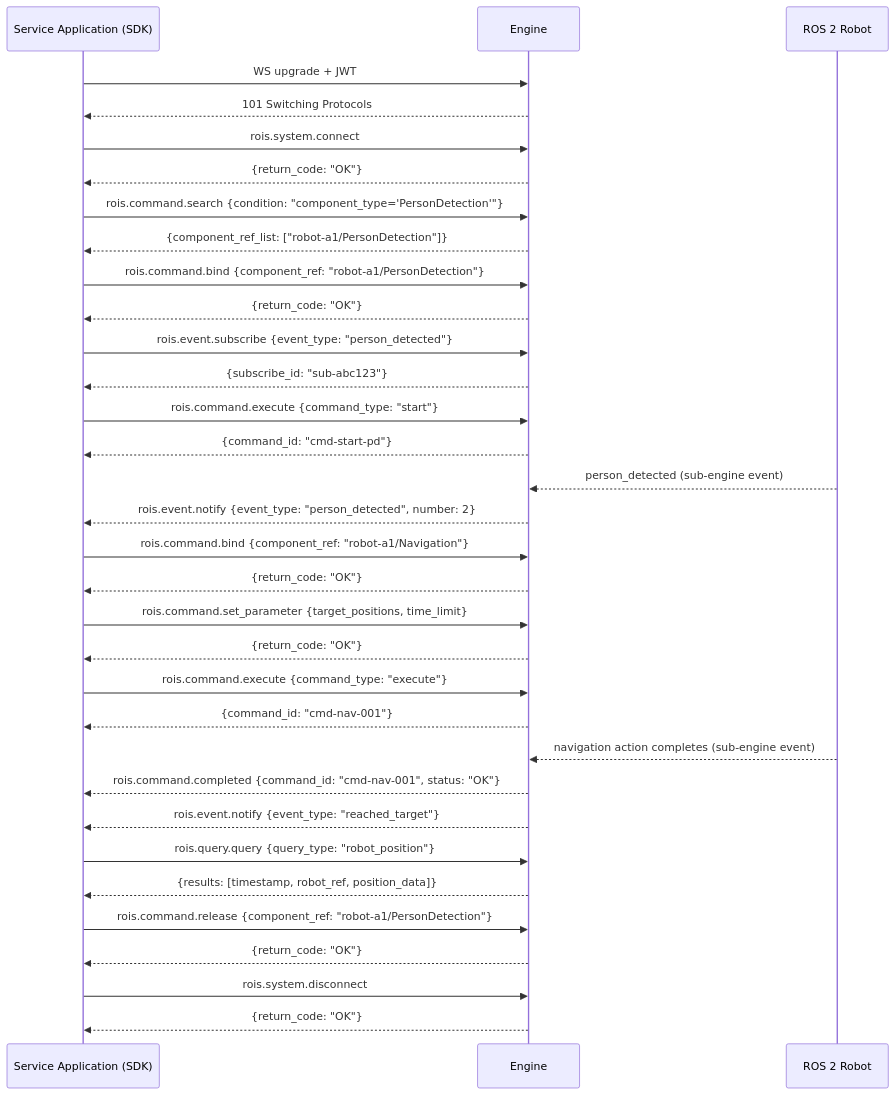
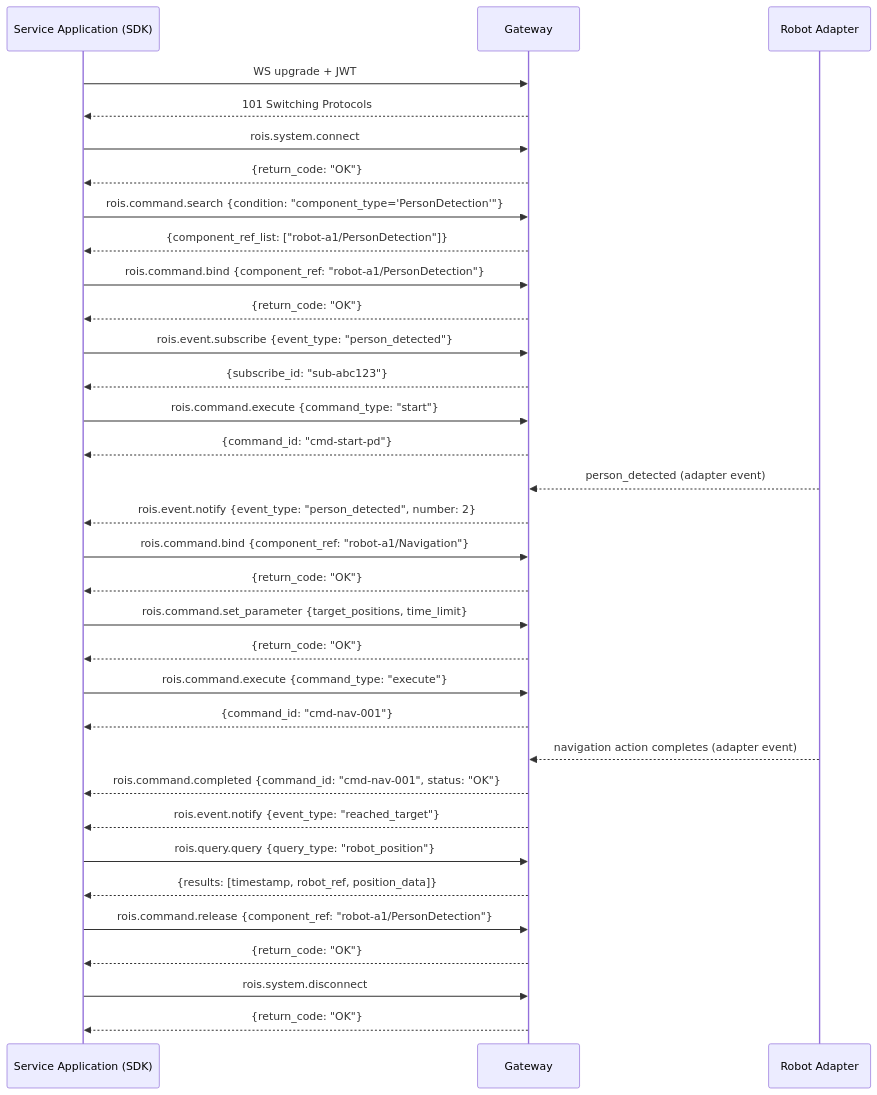
Before and after one commit to openrois/openrois: the ninth of 18 diagrams in docs/white-paper.md, drawn with Mermaid. The commit also changed other lines of this file and 7 other files, not shown here.

First line of the commit message:
docs: rewrite architecture, roadmap, and white paper to recursive engine model

````diff
--- a/docs/white-paper.md
+++ b/docs/white-paper.md
@@ -1217,49 +1359,49 @@
 ```mermaid
 sequenceDiagram
     participant Client as Service Application (SDK)
-    participant GW as Engine
-    participant Robot as ROS 2 Robot
+    participant GW as Gateway
+    participant Robot as Robot Adapter
 
     Client->>GW: WS upgrade + JWT
     GW-->>Client: 101 Switching Protocols
 
     Client->>GW: rois.system.connect
     GW-->>Client: {return_code: "OK"}
 
     Client->>GW: rois.command.search {condition: "component_type='PersonDetection'"}
     GW-->>Client: {component_ref_list: ["robot-a1/PersonDetection"]}
 
     Client->>GW: rois.command.bind {component_ref: "robot-a1/PersonDetection"}
     GW-->>Client: {return_code: "OK"}
 
     Client->>GW: rois.event.subscribe {event_type: "person_detected"}
     GW-->>Client: {subscribe_id: "sub-abc123"}
 
     Client->>GW: rois.command.execute {command_type: "start"}
     GW-->>Client: {command_id: "cmd-start-pd"}
 
-    Robot-->>GW: person_detected (sub-engine event)
+    Robot-->>GW: person_detected (adapter event)
     GW-->>Client: rois.event.notify {event_type: "person_detected", number: 2}
 
     Client->>GW: rois.command.bind {component_ref: "robot-a1/Navigation"}
     GW-->>Client: {return_code: "OK"}
 
     Client->>GW: rois.command.set_parameter {target_positions, time_limit}
     GW-->>Client: {return_code: "OK"}
 
     Client->>GW: rois.command.execute {command_type: "execute"}
     GW-->>Client: {command_id: "cmd-nav-001"}
 
-    Robot-->>GW: navigation action completes (sub-engine event)
+    Robot-->>GW: navigation action completes (adapter event)
     GW-->>Client: rois.command.completed {command_id: "cmd-nav-001", status: "OK"}
     GW-->>Client: rois.event.notify {event_type: "reached_target"}
 
     Client->>GW: rois.query.query {query_type: "robot_position"}
     GW-->>Client: {results: [timestamp, robot_ref, position_data]}
 
     Client->>GW: rois.command.release {component_ref: "robot-a1/PersonDetection"}
     GW-->>Client: {return_code: "OK"}
 
     Client->>GW: rois.system.disconnect
     GW-->>Client: {return_code: "OK"}
 ```
````
